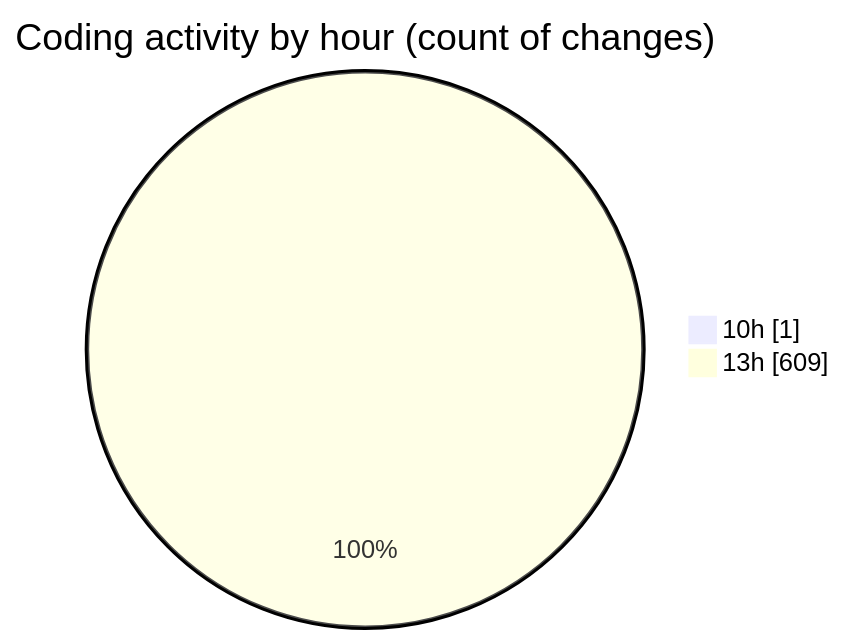
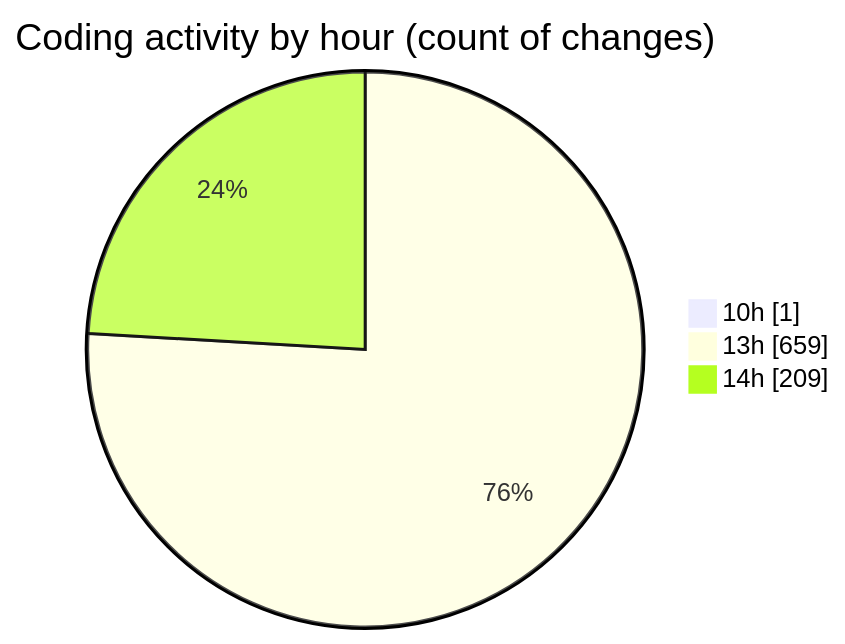
One commit to nxtqubesakshisongat/code-tracking changed the second of 2 diagrams in 2025-05-28/nxtqube_webapp/README.md. Above: the diagram before and after it, drawn with Mermaid. The commit also changed other lines of this file and 1 other file, not shown here.

````diff
--- a/2025-05-28/nxtqube_webapp/README.md
+++ b/2025-05-28/nxtqube_webapp/README.md
@@ -31,6 +31,7 @@
 ```mermaid
 pie showData
 title Coding activity by hour (count of changes)
 "10h" : 1
-"13h" : 609
+"13h" : 659
+"14h" : 209
 ```
````
